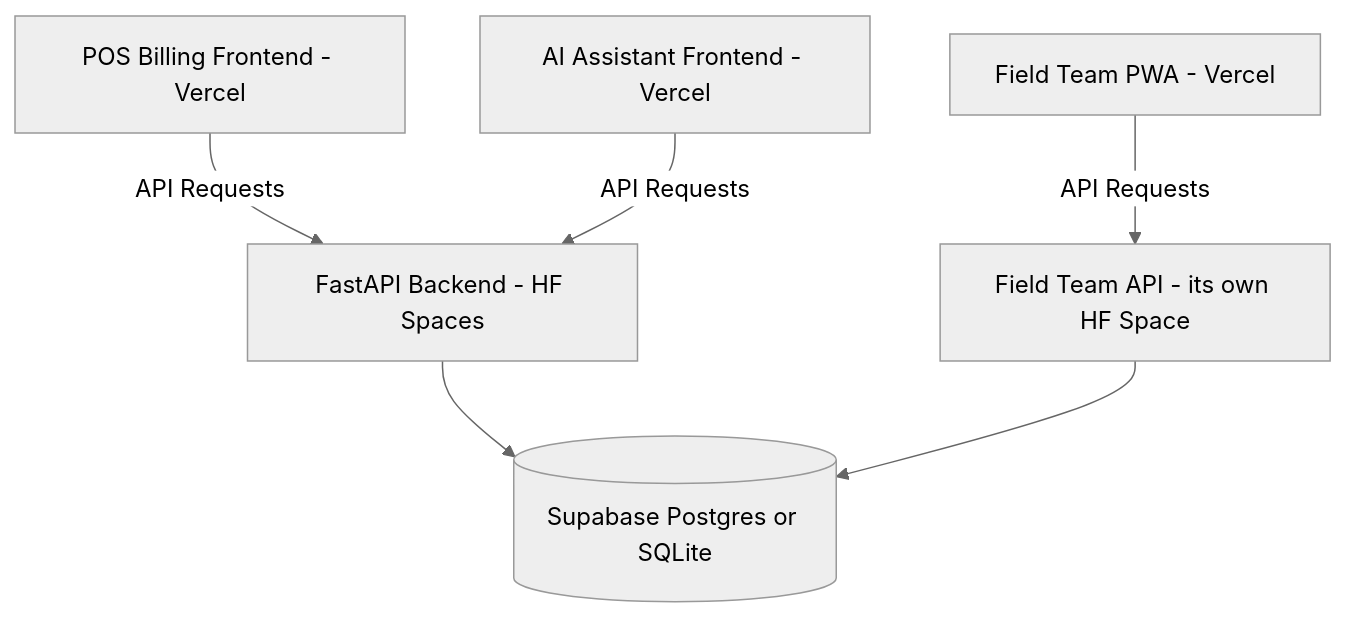
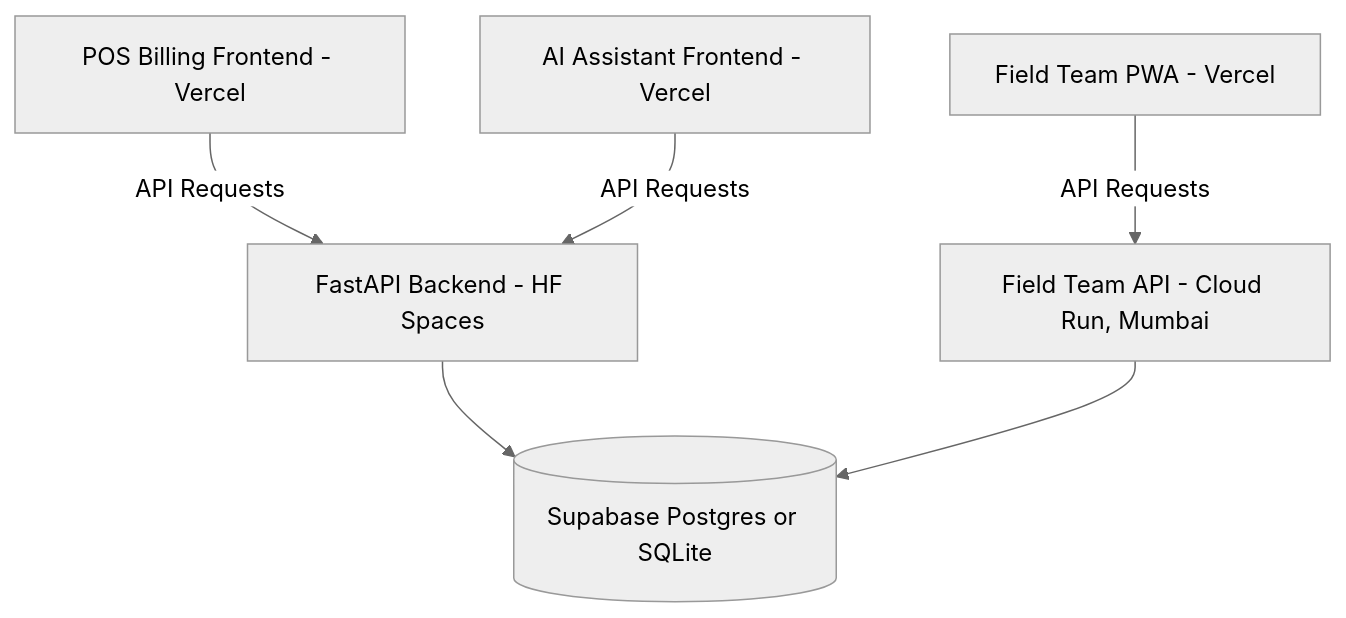
Before and after one commit to rakshithananda18-cmyk/bizassist-billing: the diagram in docs/SETUP_AND_DEPLOYMENT.md, drawn with Mermaid (neutral theme). The commit also changed other lines of this file and 15 other files, not shown here.

````diff
--- a/docs/SETUP_AND_DEPLOYMENT.md
+++ b/docs/SETUP_AND_DEPLOYMENT.md
@@ -205,8 +205,8 @@
 ```mermaid
 graph TD
     Client1[POS Billing Frontend - Vercel] -->|API Requests| HF[FastAPI Backend - HF Spaces]
     Client2[AI Assistant Frontend - Vercel] -->|API Requests| HF
     HF --> DB[(Supabase Postgres or SQLite)]
-    Client3[Field Team PWA - Vercel] -->|API Requests| HF2[Field Team API - its own HF Space]
-    HF2 --> DB
+    Client3[Field Team PWA - Vercel] -->|API Requests| CR[Field Team API - Cloud Run, Mumbai]
+    CR --> DB
 ```
````
